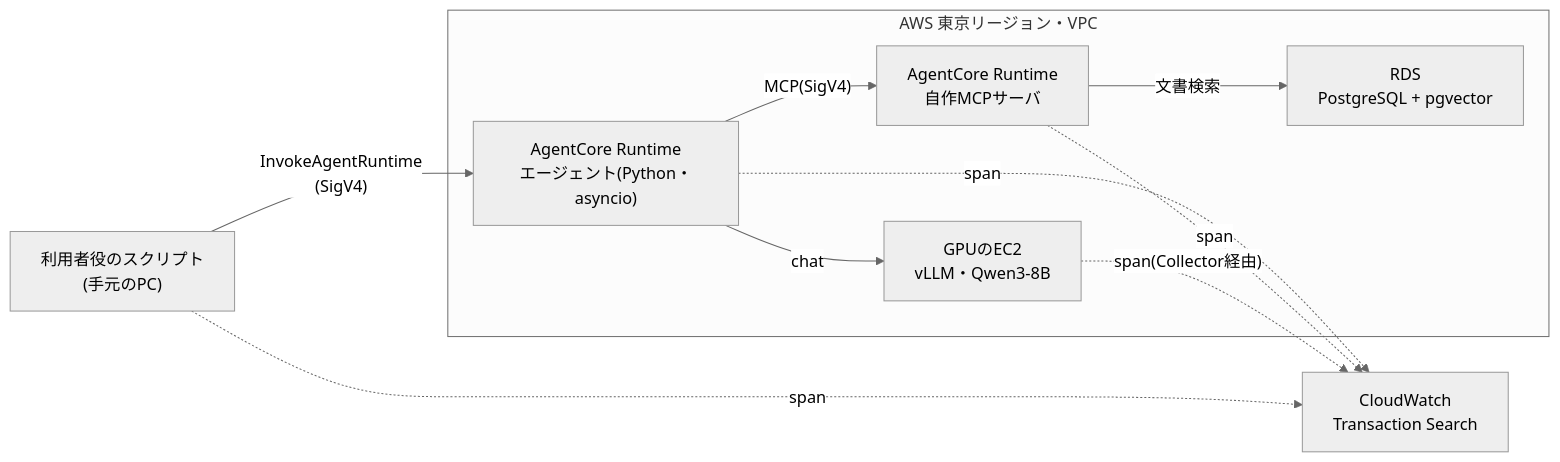
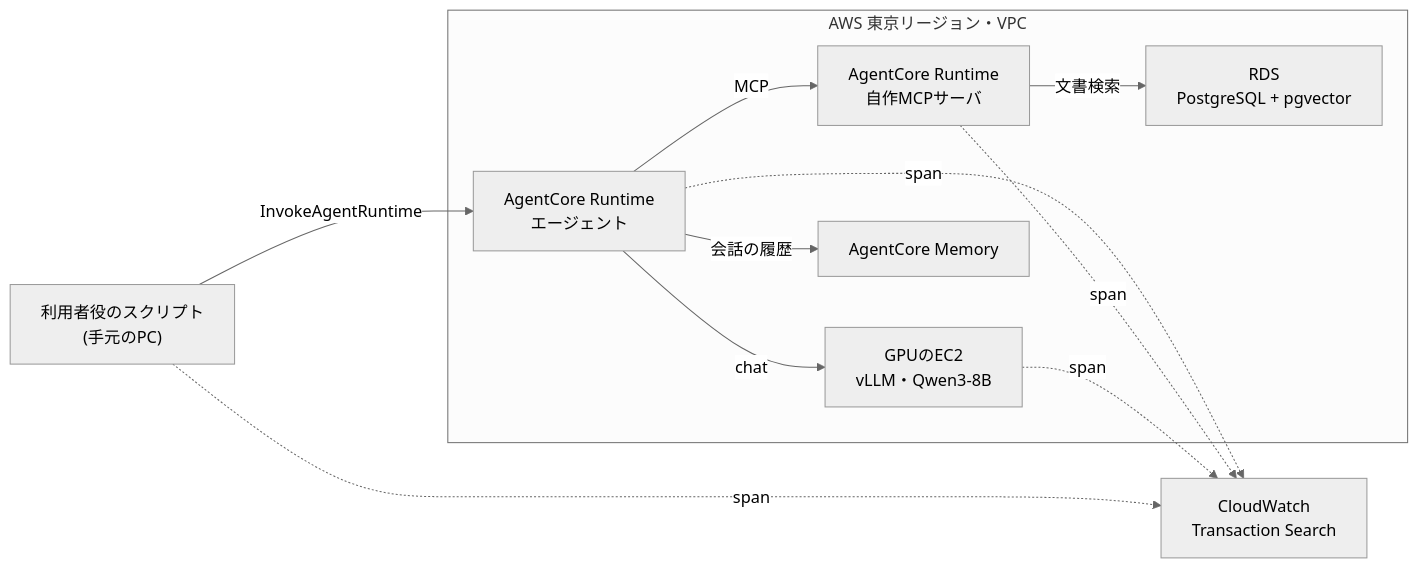
Before and after one commit to yuya0408/agent-latency-tracer: the second of 2 diagrams in README.md, drawn with Mermaid (neutral theme). The commit also changed other lines of this file and 3 other files, not shown here.

````diff
--- a/README.md
+++ b/README.md
@@ -85,17 +104,16 @@
 ```mermaid
 flowchart LR
-  U["利用者役のスクリプト<br/>(手元のPC)"] -->|"InvokeAgentRuntime<br/>(SigV4)"| AG
+  U["利用者役のスクリプト<br/>(手元のPC)"] -->|"InvokeAgentRuntime"| AG
   subgraph VPC["AWS 東京リージョン・VPC"]
-    AG["AgentCore Runtime<br/>エージェント(Python・asyncio)"]
+    AG["AgentCore Runtime<br/>エージェント"]
     LLM["GPUのEC2<br/>vLLM・Qwen3-8B"]
     MCP["AgentCore Runtime<br/>自作MCPサーバ"]
     DB["RDS<br/>PostgreSQL + pgvector"]
+    MEM["AgentCore Memory"]
     AG -->|"chat"| LLM
-    AG -->|"MCP(SigV4)"| MCP
+    AG -->|"MCP"| MCP
+    AG -->|"会話の履歴"| MEM
     MCP -->|"文書検索"| DB
   end
-  AG -.->|"span"| CW["CloudWatch<br/>Transaction Search"]
-  MCP -.->|"span"| CW
-  LLM -.->|"span(Collector経由)"| CW
-  U -.->|"span"| CW
+  U & AG & MCP & LLM -.->|"span"| CW["CloudWatch<br/>Transaction Search"]
 ```
````
